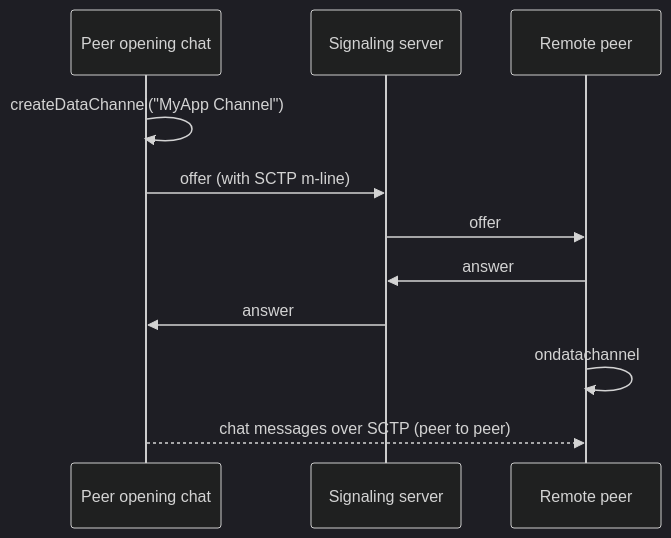
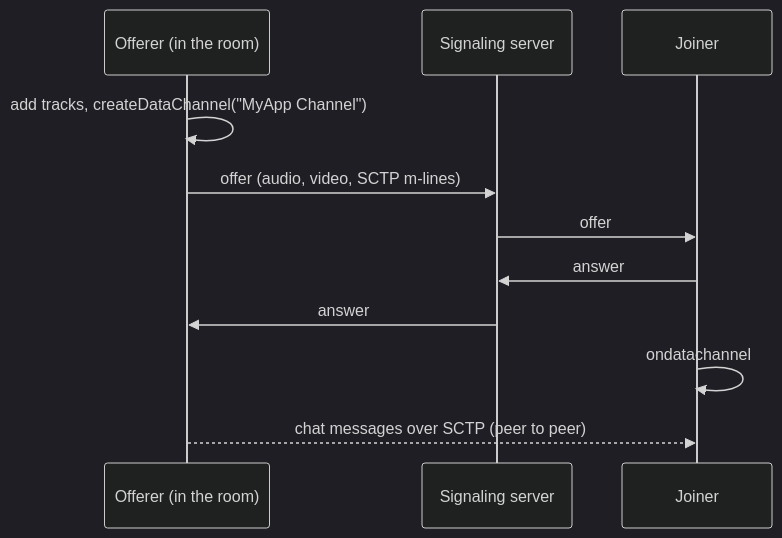
Diagram 18 of 18 in ARCHITECTURE.md (maitrungduc1410/WebRTC-Demo), drawn with Mermaid (dark theme) before and after one commit. The commit also changed other lines of this file and 127 other files, not shown here.

````diff
--- a/ARCHITECTURE.md
+++ b/ARCHITECTURE.md
@@ -561,13 +711,13 @@
 ```mermaid
 sequenceDiagram
-    participant A as Peer opening chat
+    participant A as Offerer (in the room)
     participant S as Signaling server
-    participant B as Remote peer
-    A->>A: createDataChannel("MyApp Channel")
-    A->>S: offer (with SCTP m-line)
+    participant B as Joiner
+    A->>A: add tracks, createDataChannel("MyApp Channel")
+    A->>S: offer (audio, video, SCTP m-lines)
     S->>B: offer
     B->>S: answer
     S->>A: answer
     B->>B: ondatachannel
     A-->>B: chat messages over SCTP (peer to peer)
 ```
````
